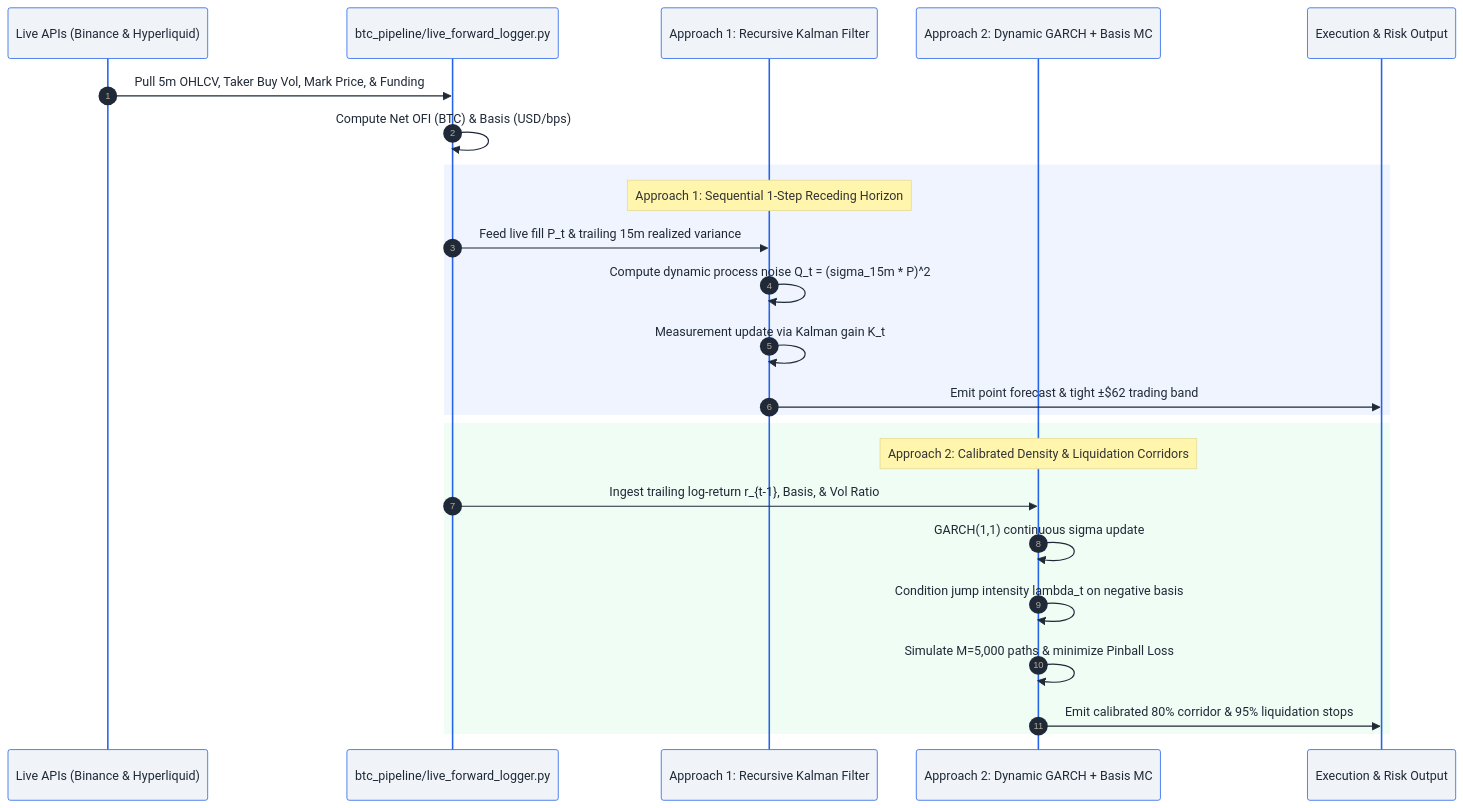
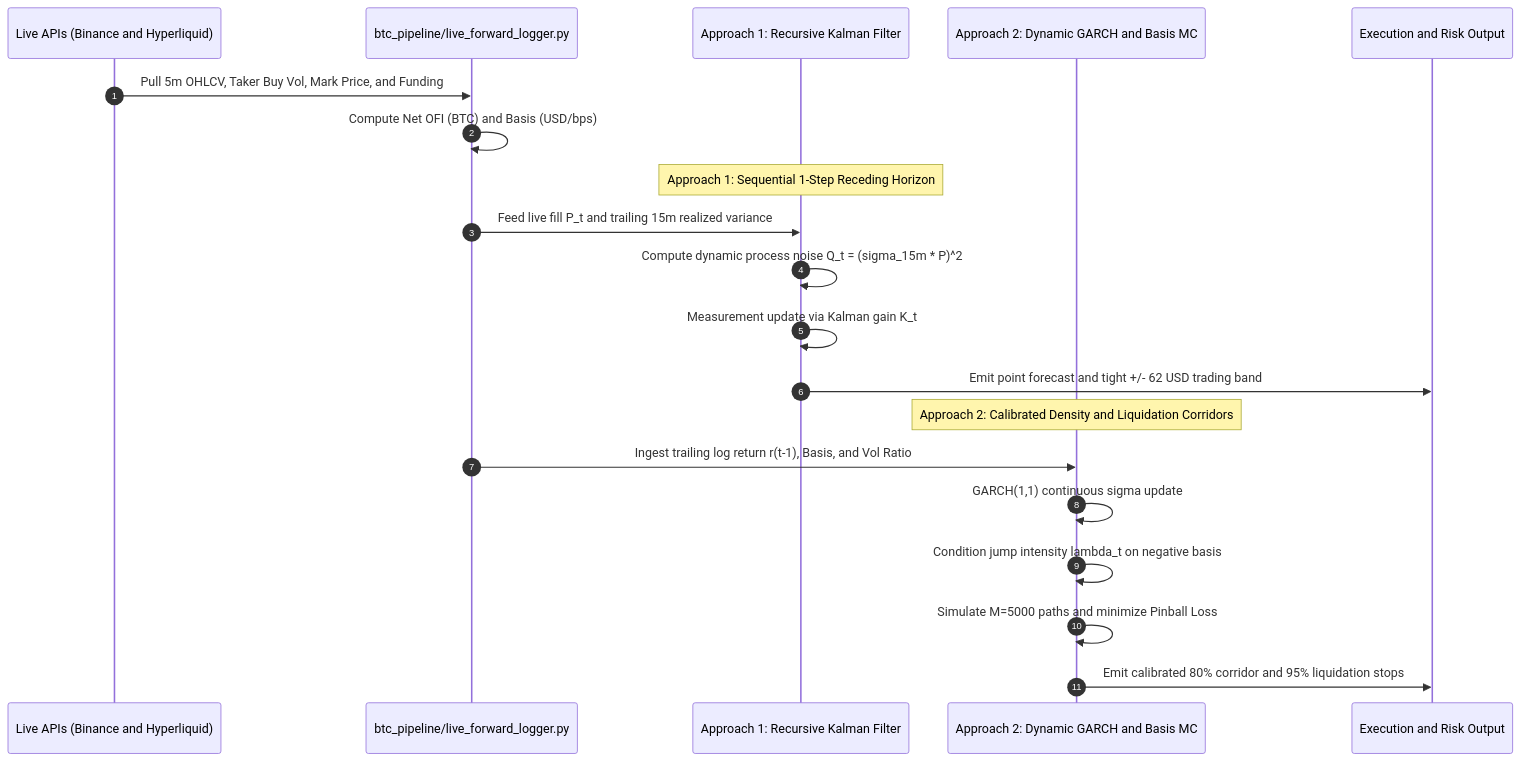
Before and after one commit to Dilipsahu01/hyperliquid_sentiment_analysis: the diagram in docs/03_full_day_intraday_prediction.md, drawn with Mermaid. The commit also changed 4 other files, not shown here.

Commit message:
fix(docs): standardize Mermaid diagrams for universal GitHub rendering

````diff
--- a/docs/03_full_day_intraday_prediction.md
+++ b/docs/03_full_day_intraday_prediction.md
@@ -16,30 +16,25 @@
 ```mermaid
-%%{init: {'theme': 'base', 'themeVariables': { 'background': '#ffffff', 'primaryColor': '#f0f4f8', 'primaryTextColor': '#1f2937', 'primaryBorderColor': '#2563eb', 'lineColor': '#475569', 'secondaryColor': '#e2e8f0', 'tertiaryColor': '#f8fafc'}}}%%
 sequenceDiagram
     autonumber
-    participant Venue as Live APIs (Binance & Hyperliquid)
+    participant Venue as Live APIs (Binance and Hyperliquid)
     participant Log as btc_pipeline/live_forward_logger.py
     participant Kalman as Approach 1: Recursive Kalman Filter
-    participant Jump as Approach 2: Dynamic GARCH + Basis MC
-    participant Trader as Execution & Risk Output
+    participant Jump as Approach 2: Dynamic GARCH and Basis MC
+    participant Trader as Execution and Risk Output
 
-    Venue->>Log: Pull 5m OHLCV, Taker Buy Vol, Mark Price, & Funding
-    Log->>Log: Compute Net OFI (BTC) & Basis (USD/bps)
-    
-    rect rgb(240, 244, 255)
-        note over Kalman: Approach 1: Sequential 1-Step Receding Horizon
-        Log->>Kalman: Feed live fill P_t & trailing 15m realized variance
-        Kalman->>Kalman: Compute dynamic process noise Q_t = (sigma_15m * P)^2
-        Kalman->>Kalman: Measurement update via Kalman gain K_t
-        Kalman->>Trader: Emit point forecast & tight ±$62 trading band
-    end
+    Venue->>Log: Pull 5m OHLCV, Taker Buy Vol, Mark Price, and Funding
+    Log->>Log: Compute Net OFI (BTC) and Basis (USD/bps)
 
-    rect rgb(240, 253, 244)
-        note over Jump: Approach 2: Calibrated Density & Liquidation Corridors
-        Log->>Jump: Ingest trailing log-return r_{t-1}, Basis, & Vol Ratio
-        Jump->>Jump: GARCH(1,1) continuous sigma update
-        Jump->>Jump: Condition jump intensity lambda_t on negative basis
-        Jump->>Jump: Simulate M=5,000 paths & minimize Pinball Loss
-        Jump->>Trader: Emit calibrated 80% corridor & 95% liquidation stops
-    end
+    Note over Kalman: Approach 1: Sequential 1-Step Receding Horizon
+    Log->>Kalman: Feed live fill P_t and trailing 15m realized variance
+    Kalman->>Kalman: Compute dynamic process noise Q_t = (sigma_15m * P)^2
+    Kalman->>Kalman: Measurement update via Kalman gain K_t
+    Kalman->>Trader: Emit point forecast and tight +/- 62 USD trading band
+
+    Note over Jump: Approach 2: Calibrated Density and Liquidation Corridors
+    Log->>Jump: Ingest trailing log return r(t-1), Basis, and Vol Ratio
+    Jump->>Jump: GARCH(1,1) continuous sigma update
+    Jump->>Jump: Condition jump intensity lambda_t on negative basis
+    Jump->>Jump: Simulate M=5000 paths and minimize Pinball Loss
+    Jump->>Trader: Emit calibrated 80% corridor and 95% liquidation stops
 ```
````
